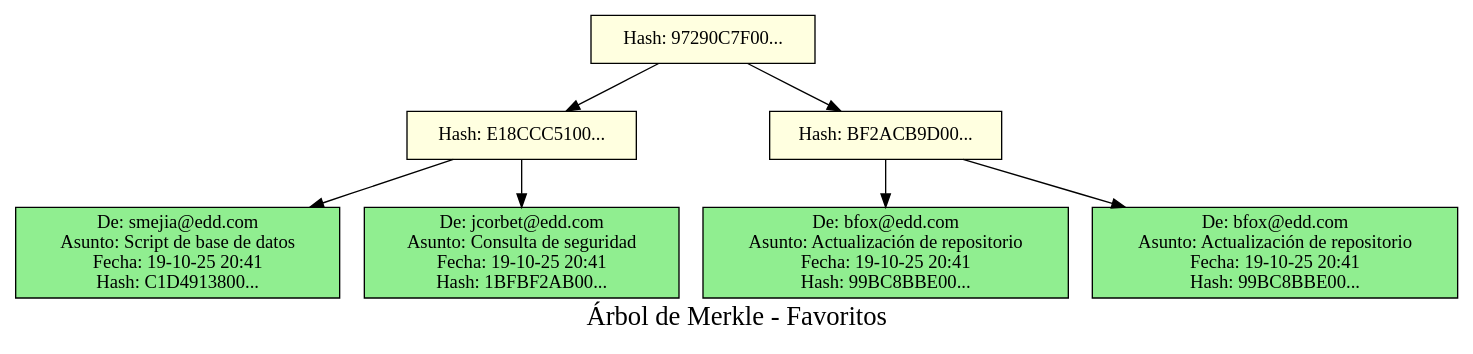
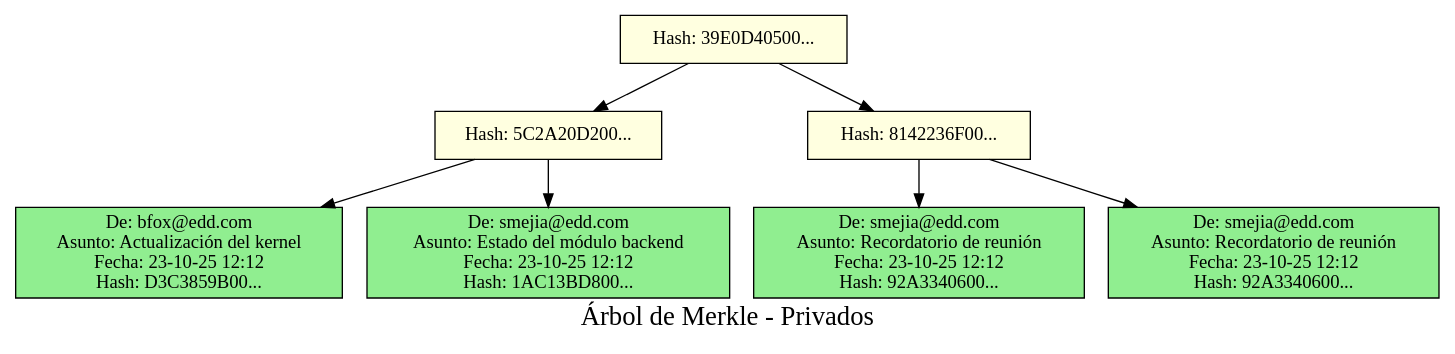
One commit to JoseArt777/-EDD-1S2025_202100305 changed the diagram in Fase1/src/lgarcia-Reportes/merkle_tree.dot. Above: the diagram before and after it, drawn with Graphviz. The commit also changed 16 other files, not shown here.

```diff
--- a/Fase1/src/lgarcia-Reportes/merkle_tree.dot
+++ b/Fase1/src/lgarcia-Reportes/merkle_tree.dot
@@ -1,20 +1,20 @@
 digraph MerkleTree {
-    label="Árbol de Merkle - Favoritos";
+    label="Árbol de Merkle - Privados";
     fontsize=20;
     node [shape=box, style=filled];
     rankdir=TB;
 
-    node0 [label="Hash: 97290C7F00...", fillcolor=lightyellow];
-    node1 [label="Hash: E18CCC5100...", fillcolor=lightyellow];
-    node2 [label="De: smejia@edd.com\nAsunto: Script de base de datos\nFecha: 19-10-25 20:41\nHash: C1D4913800...", fillcolor=lightgreen];
+    node0 [label="Hash: 39E0D40500...", fillcolor=lightyellow];
+    node1 [label="Hash: 5C2A20D200...", fillcolor=lightyellow];
+    node2 [label="De: bfox@edd.com\nAsunto: Actualización del kernel\nFecha: 23-10-25 12:12\nHash: D3C3859B00...", fillcolor=lightgreen];
     node1 -> node2;
-    node3 [label="De: jcorbet@edd.com\nAsunto: Consulta de seguridad\nFecha: 19-10-25 20:41\nHash: 1BFBF2AB00...", fillcolor=lightgreen];
+    node3 [label="De: smejia@edd.com\nAsunto: Estado del módulo backend\nFecha: 23-10-25 12:12\nHash: 1AC13BD800...", fillcolor=lightgreen];
     node1 -> node3;
     node0 -> node1;
-    node4 [label="Hash: BF2ACB9D00...", fillcolor=lightyellow];
-    node5 [label="De: bfox@edd.com\nAsunto: Actualización de repositorio\nFecha: 19-10-25 20:41\nHash: 99BC8BBE00...", fillcolor=lightgreen];
+    node4 [label="Hash: 8142236F00...", fillcolor=lightyellow];
+    node5 [label="De: smejia@edd.com\nAsunto: Recordatorio de reunión\nFecha: 23-10-25 12:12\nHash: 92A3340600...", fillcolor=lightgreen];
     node4 -> node5;
-    node6 [label="De: bfox@edd.com\nAsunto: Actualización de repositorio\nFecha: 19-10-25 20:41\nHash: 99BC8BBE00...", fillcolor=lightgreen];
+    node6 [label="De: smejia@edd.com\nAsunto: Recordatorio de reunión\nFecha: 23-10-25 12:12\nHash: 92A3340600...", fillcolor=lightgreen];
     node4 -> node6;
     node0 -> node4;
 }
```
